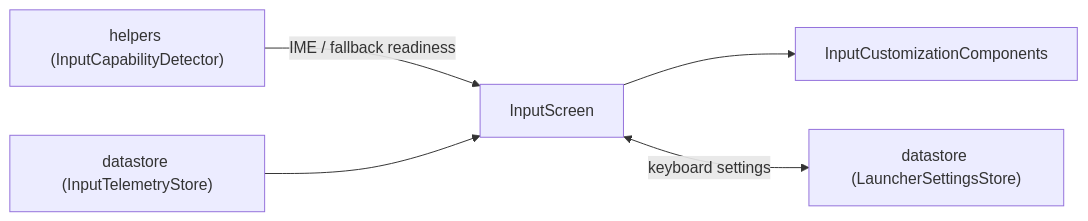
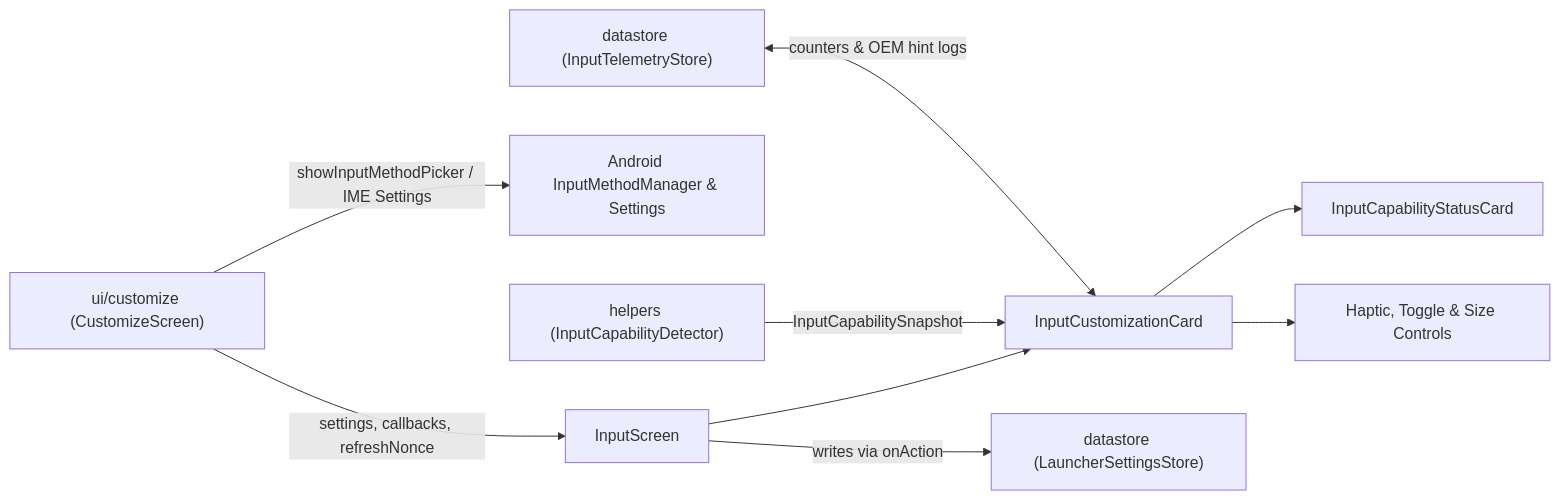
Before and after one commit to tyejaedon/Cover-Screen-OS: the diagram in app/src/main/java/com/tyejaedon/coverscreenos/ui/customize/input/README.md, drawn with Mermaid. The commit also changed other lines of this file and 157 other files, not shown here.

````diff
--- a/app/src/main/java/com/tyejaedon/coverscreenos/ui/customize/input/README.md
+++ b/app/src/main/java/com/tyejaedon/coverscreenos/ui/customize/input/README.md
@@ -14,7 +65,11 @@
 ```mermaid
 flowchart LR
-    Detector["helpers (InputCapabilityDetector)"] -->|"IME / fallback readiness"| Screen["InputScreen"]
-    Telemetry["datastore (InputTelemetryStore)"] --> Screen
-    Screen --> Components["InputCustomizationComponents"]
-    Screen <-->|"keyboard settings"| Store["datastore (LauncherSettingsStore)"]
+    Hub["ui/customize (CustomizeScreen)"] -->|"settings, callbacks, refreshNonce"| Screen["InputScreen"]
+    Hub -->|"showInputMethodPicker / IME Settings"| AndroidIME["Android InputMethodManager & Settings"]
+    Screen --> Card["InputCustomizationCard"]
+    Detector["helpers (InputCapabilityDetector)"] -->|"InputCapabilitySnapshot"| Card
+    Telemetry["datastore (InputTelemetryStore)"] <-->|"counters & OEM hint logs"| Card
+    Card --> Status["InputCapabilityStatusCard"]
+    Card --> Controls["Haptic, Toggle & Size Controls"]
+    Screen -->|"writes via onAction"| Store["datastore (LauncherSettingsStore)"]
 ```
````
